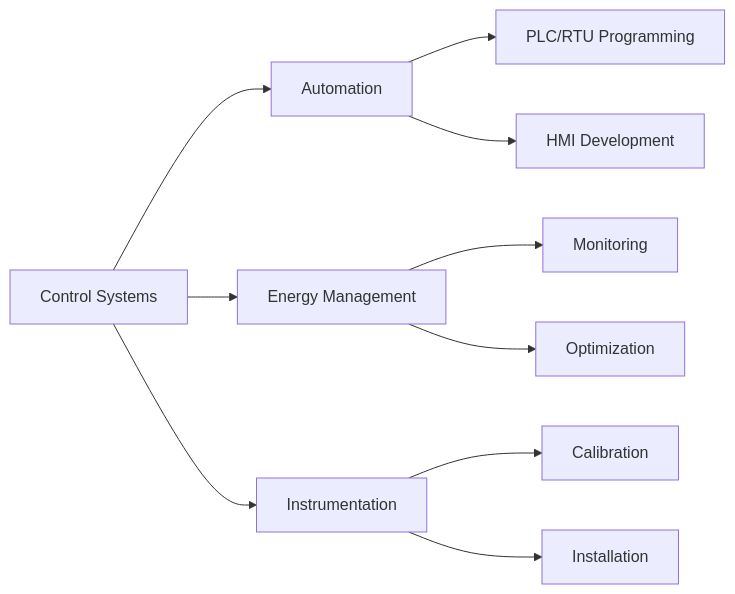
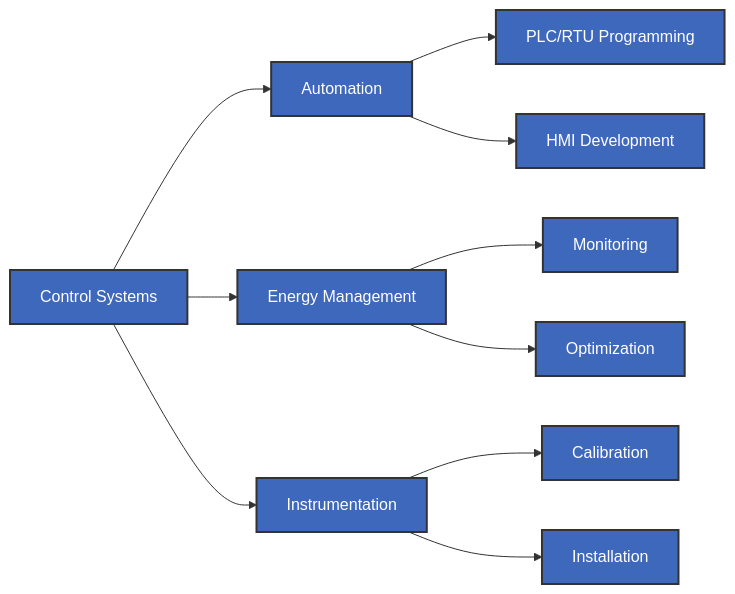
Before and after one commit to Mekanet-Energy/.github: the diagram in profile/README.md, drawn with Mermaid.

Commit message:
refactor README.md to improve mermaid diagram structure and styling for better clarity

````diff
--- a/profile/README.md
+++ b/profile/README.md
@@ -9,12 +9,24 @@
 ```mermaid
 graph LR
-    A[Control Systems] --> B[Automation]
-    A --> C[Energy Management]
-    A --> D[Instrumentation]
-    B --> E[PLC/RTU Programming]
-    B --> F[HMI Development]
-    C --> G[Monitoring]
-    C --> H[Optimization]
-    D --> I[Calibration]
-    D --> J[Installation]
+    %% Main Systems
+    CS[Control Systems] --> AUT[Automation]
+    CS --> EM[Energy Management]
+    CS --> INS[Instrumentation]
+
+    %% Automation Branch
+    AUT --> PLC[PLC/RTU Programming]
+    AUT --> HMI[HMI Development]
+
+    %% Energy Management Branch
+    EM --> MON[Monitoring]
+    EM --> OPT[Optimization]
+
+    %% Instrumentation Branch
+    INS --> CAL[Calibration]
+    INS --> INST[Installation]
+
+    %% Styling
+    classDef default fill:#3e68bb,stroke:#333,stroke-width:2px,color:white
+    classDef main fill:#3e68bb,stroke:#333,stroke-width:2px,color:white
+    class CS main
 ```
````
